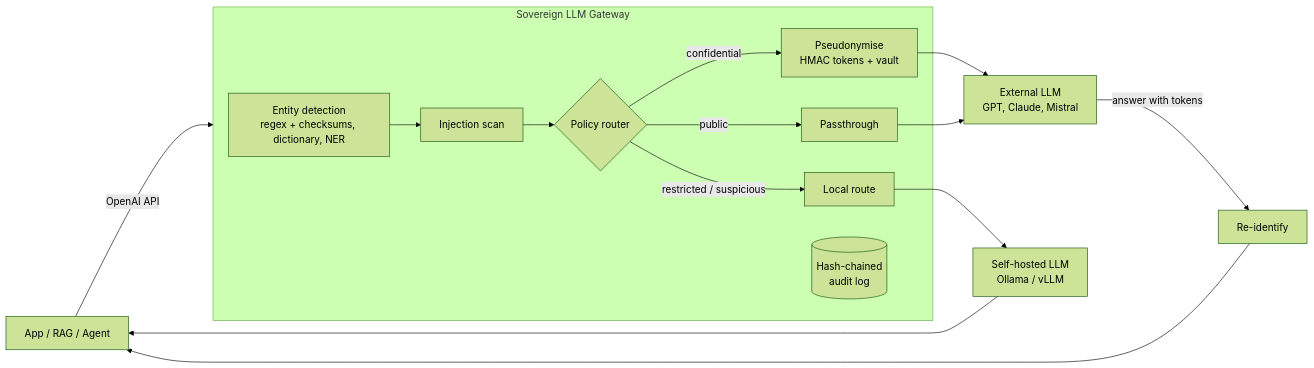
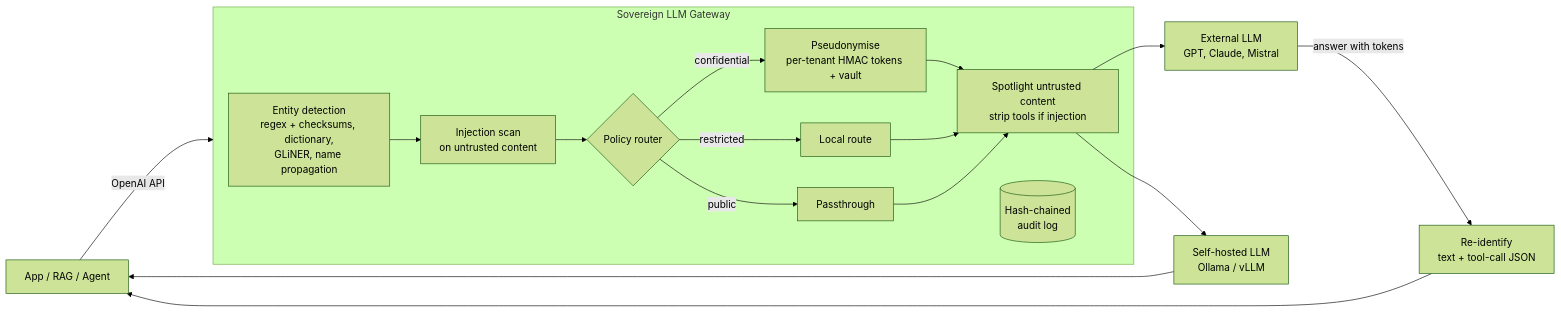
One commit to jUxPjz9CAUuzzyclDF0W/sovereign-llm-gateway changed the diagram in README.md. Above: the diagram before and after it, drawn with Mermaid (forest theme). The commit also changed other lines of this file and 29 other files, not shown here.

````diff
--- a/README.md
+++ b/README.md
@@ -16,19 +33,21 @@
 ```mermaid
 flowchart LR
     A[App / RAG / Agent] -->|OpenAI API| G
 
     subgraph G[Sovereign LLM Gateway]
-        D[Entity detection<br/>regex + checksums, dictionary, NER] --> I[Injection scan]
+        D[Entity detection<br/>regex + checksums, dictionary,<br/>GLiNER, name propagation] --> I[Injection scan<br/>on untrusted content]
         I --> R{Policy router}
-        R -->|confidential| P[Pseudonymise<br/>HMAC tokens + vault]
-        R -->|restricted / suspicious| L2[Local route]
+        R -->|confidential| P[Pseudonymise<br/>per-tenant HMAC tokens + vault]
+        R -->|restricted| L2[Local route]
         R -->|public| X[Passthrough]
+        P --> S[Spotlight untrusted content<br/>strip tools if injection]
+        L2 --> S
+        X --> S
         AU[(Hash-chained<br/>audit log)]
     end
 
-    P --> EXT[External LLM<br/>GPT, Claude, Mistral]
-    X --> EXT
-    L2 --> LOC[Self-hosted LLM<br/>Ollama / vLLM]
-    EXT -->|answer with tokens| RE[Re-identify] --> A
+    S --> EXT[External LLM<br/>GPT, Claude, Mistral]
+    S --> LOC[Self-hosted LLM<br/>Ollama / vLLM]
+    EXT -->|answer with tokens| RE[Re-identify<br/>text + tool-call JSON] --> A
     LOC --> A
 ```
````
